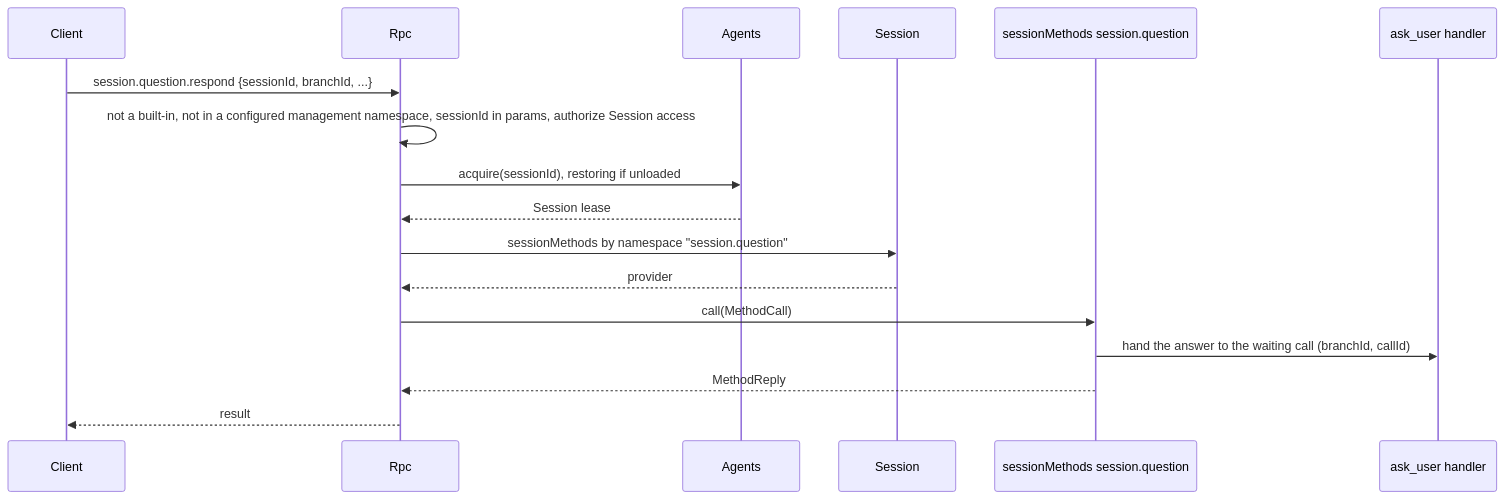
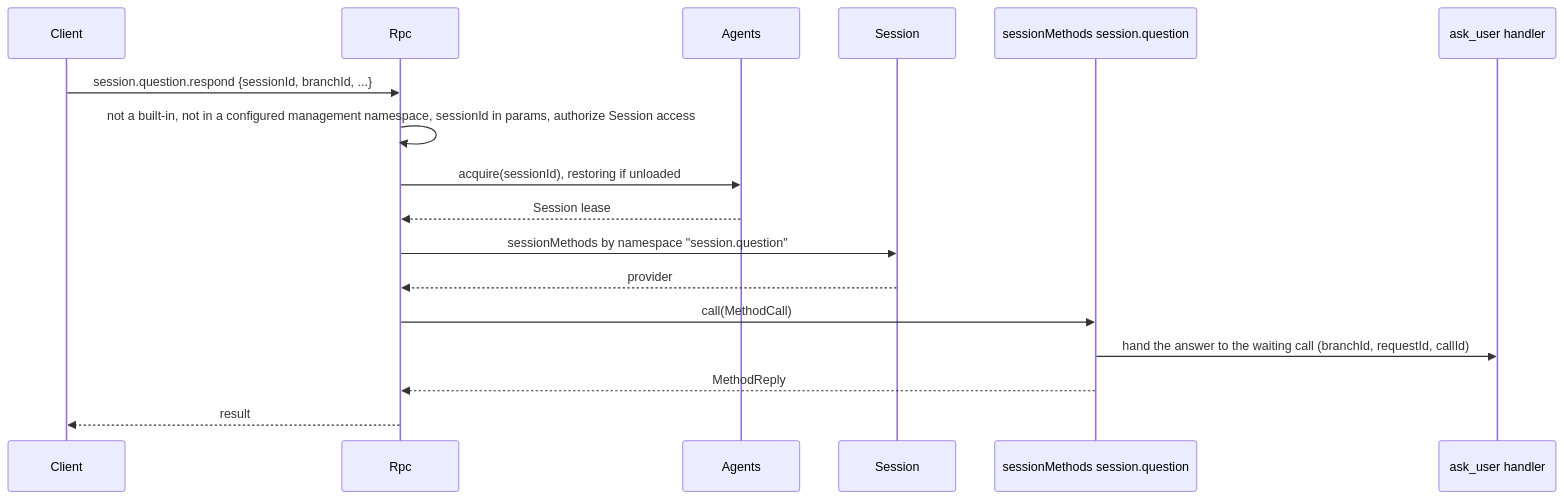
The second of 3 diagrams in docs/design/contracts/session-boundary.md (CoutinhoTTS/dim-agent), drawn with Mermaid before and after one commit. The commit also changed 5 other files, not shown here.

First line of the commit message:
docs(questions): name a waiting call by its model request id (#144)

````diff
--- a/docs/design/contracts/session-boundary.md
+++ b/docs/design/contracts/session-boundary.md
@@ -67,19 +67,19 @@
 ```mermaid
 sequenceDiagram
   participant CL as Client
   participant Rpc as Rpc
   participant AI as Agents
   participant S as Session
   participant Q as sessionMethods session.question
   participant H as ask_user handler
   CL->>Rpc: session.question.respond {sessionId, branchId, ...}
   Rpc->>Rpc: not a built-in, not in a configured management namespace, sessionId in params, authorize Session access
   Rpc->>AI: acquire(sessionId), restoring if unloaded
   AI-->>Rpc: Session lease
   Rpc->>S: sessionMethods by namespace "session.question"
   S-->>Rpc: provider
   Rpc->>Q: call(MethodCall)
-  Q->>H: hand the answer to the waiting call (branchId, callId)
+  Q->>H: hand the answer to the waiting call (branchId, requestId, callId)
   Q-->>Rpc: MethodReply
   Rpc-->>CL: result
 ```
````
